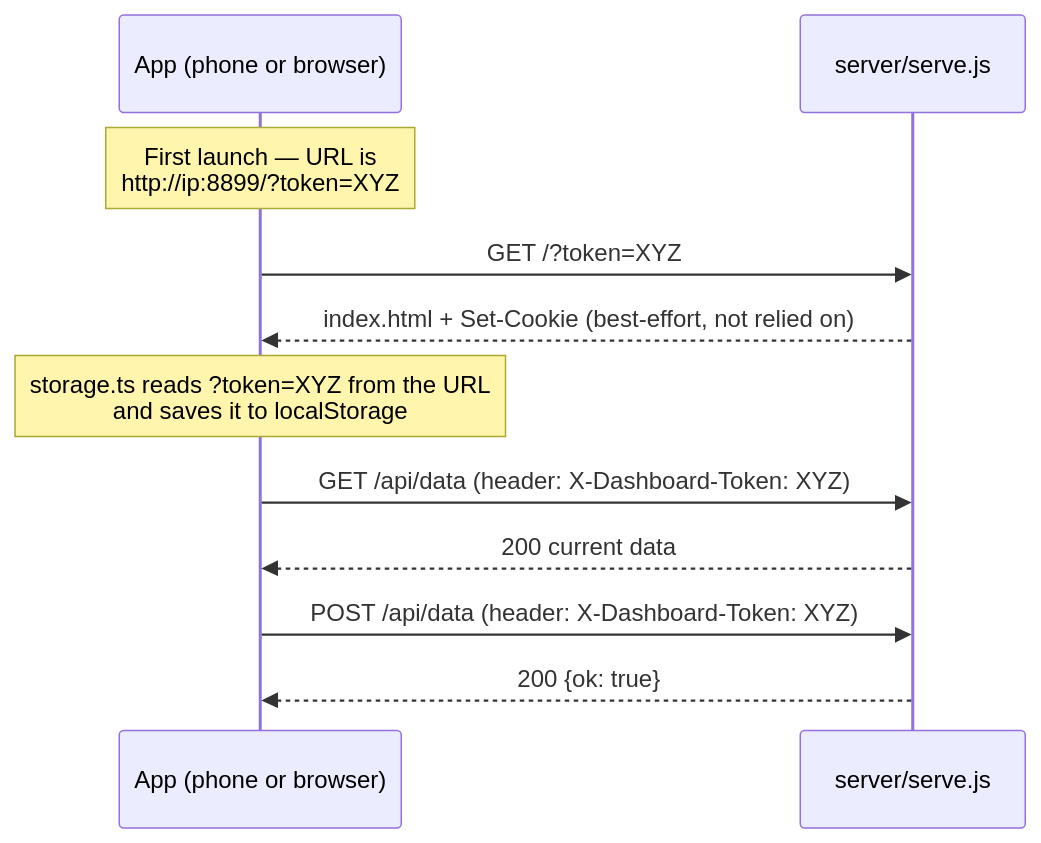
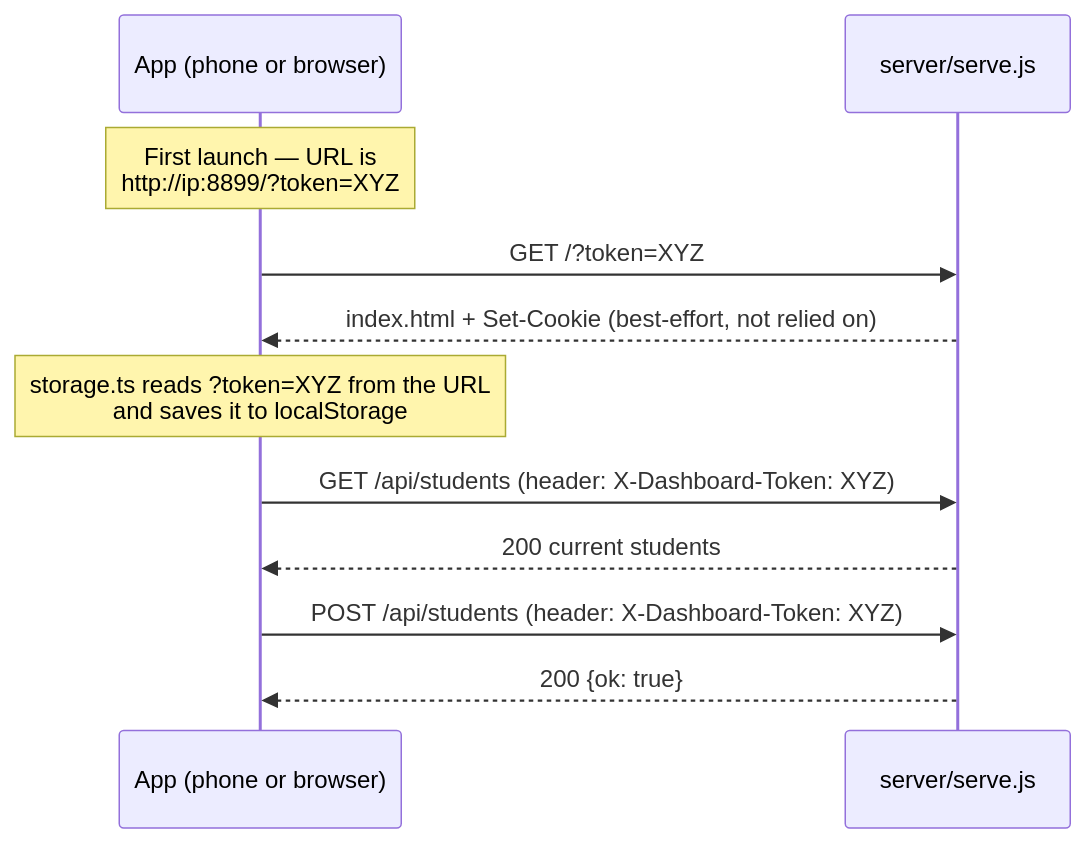
One commit to daljeetss/Student_Inventory changed the second of 3 diagrams in DESIGN.md. Above: the diagram before and after it, drawn with Mermaid. The commit also changed other lines of this file and 5 other files, not shown here.

````diff
--- a/DESIGN.md
+++ b/DESIGN.md
@@ -63,14 +72,14 @@
 ```mermaid
 sequenceDiagram
     participant App as App (phone or browser)
     participant Server as server/serve.js
 
     Note over App: First launch — URL is<br/>http://ip:8899/?token=XYZ
     App->>Server: GET /?token=XYZ
     Server-->>App: index.html + Set-Cookie (best-effort, not relied on)
     Note over App: storage.ts reads ?token=XYZ from the URL<br/>and saves it to localStorage
-    App->>Server: GET /api/data  (header: X-Dashboard-Token: XYZ)
-    Server-->>App: 200 current data
-    App->>Server: POST /api/data (header: X-Dashboard-Token: XYZ)
+    App->>Server: GET /api/students  (header: X-Dashboard-Token: XYZ)
+    Server-->>App: 200 current students
+    App->>Server: POST /api/students (header: X-Dashboard-Token: XYZ)
     Server-->>App: 200 {ok: true}
 ```
````
